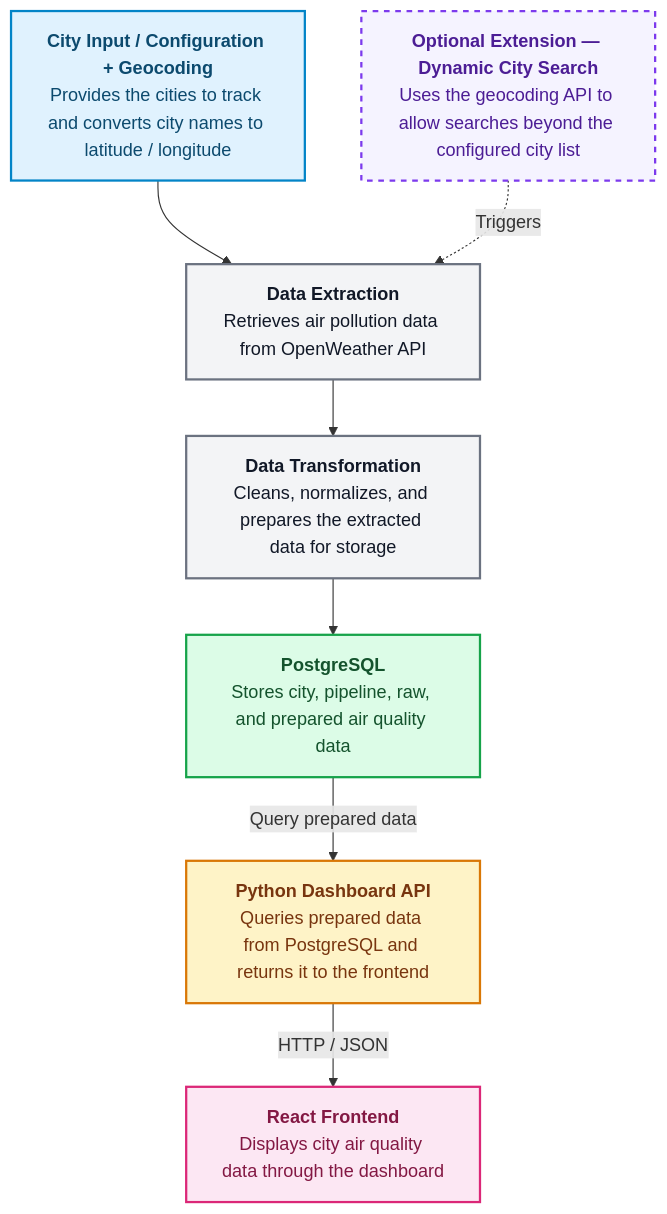
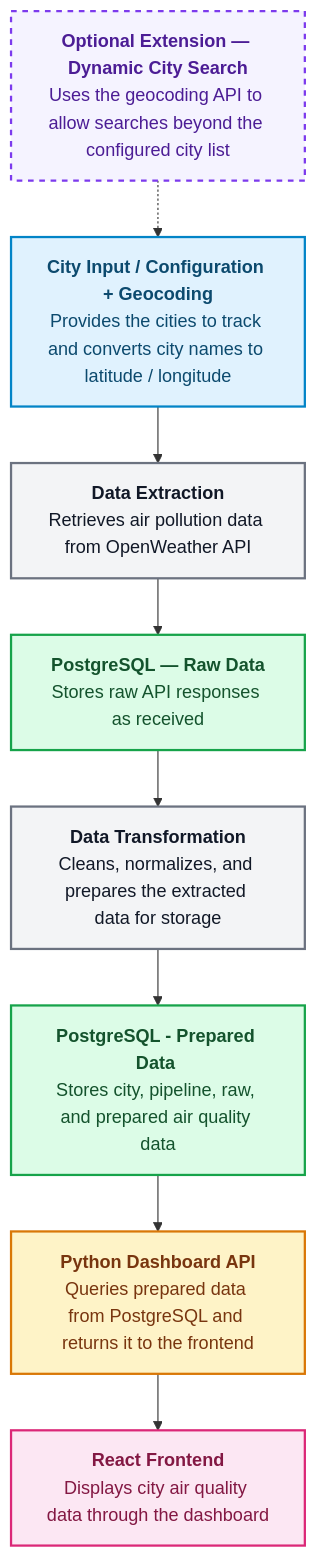
The diagram in docs/architecture/architecture.md (Code-the-Dream-School/summer-26-py-practicum-team3), drawn with Mermaid before and after one commit.

Commit message:
update flow to show raw and prepared data

````diff
--- a/docs/architecture/architecture.md
+++ b/docs/architecture/architecture.md
@@ -29,38 +29,41 @@
 ```mermaid
 flowchart TD
 	A["<b>City Input / Configuration + Geocoding</b><br/>Provides the cities to track and converts city names to latitude / longitude"]
 
 	B["<b>Data Extraction</b><br/>Retrieves air pollution data from OpenWeather API"]
 
-	C["<b>Data Transformation</b><br/>Cleans, normalizes, and prepares the extracted data for storage"]
+	C["<b>PostgreSQL — Raw Data</b><br/>Stores raw API responses as received"]
 
-	D["<b>PostgreSQL</b><br/>Stores city, pipeline, raw, and prepared air quality data"]
+	D["<b>Data Transformation</b><br/>Cleans, normalizes, and prepares the extracted data for storage"]
 
-	E["<b>Python Dashboard API</b><br/>Queries prepared data from PostgreSQL and returns it to the frontend"]
+	E["<b>PostgreSQL - Prepared Data </b><br/>Stores city, pipeline, raw, and prepared air quality data"]
 
-	F["<b>React Frontend</b><br/>Displays city air quality data through the dashboard"]
+	F["<b>Python Dashboard API</b><br/>Queries prepared data from PostgreSQL and returns it to the frontend"]
 
-    G["<b>Optional Extension — Dynamic City Search</b><br/>Uses the geocoding API to allow searches beyond the configured city list"]
+	G["<b>React Frontend</b><br/>Displays city air quality data through the dashboard"]
+
+    H["<b>Optional Extension — Dynamic City Search</b><br/>Uses the geocoding API to allow searches beyond the configured city list"]
 
 A --> B
 B --> C
 C --> D
-D -->|"Query prepared data"| E
-E -->|"HTTP / JSON"| F
+D --> E
+E --> F
+F --> G
 
-G -.->|"Triggers"| B
+H -.-> A
 
 classDef input fill:#e0f2fe,stroke:#0284c7,stroke-width:2px,color:#0c4a6e
 classDef process fill:#f3f4f6,stroke:#6b7280,stroke-width:2px,color:#111827
 classDef database fill:#dcfce7,stroke:#16a34a,stroke-width:2px,color:#14532d
 classDef api fill:#fef3c7,stroke:#d97706,stroke-width:2px,color:#78350f
 classDef frontend fill:#fce7f3,stroke:#db2777,stroke-width:2px,color:#831843
 classDef optional fill:#f5f3ff,stroke:#7c3aed,stroke-width:2px,stroke-dasharray:5 5,color:#4c1d95
 
 class A input
-class B,C process
-class D database
-class E api
-class F frontend
-class G optional
+class B,D process
+class C,E database
+class F api
+class G frontend
+class H optional
 ```
````
